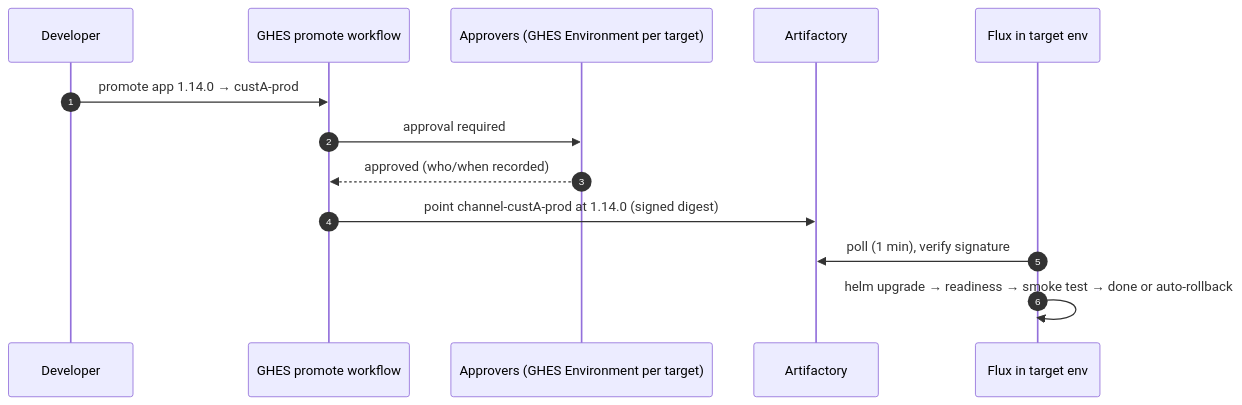
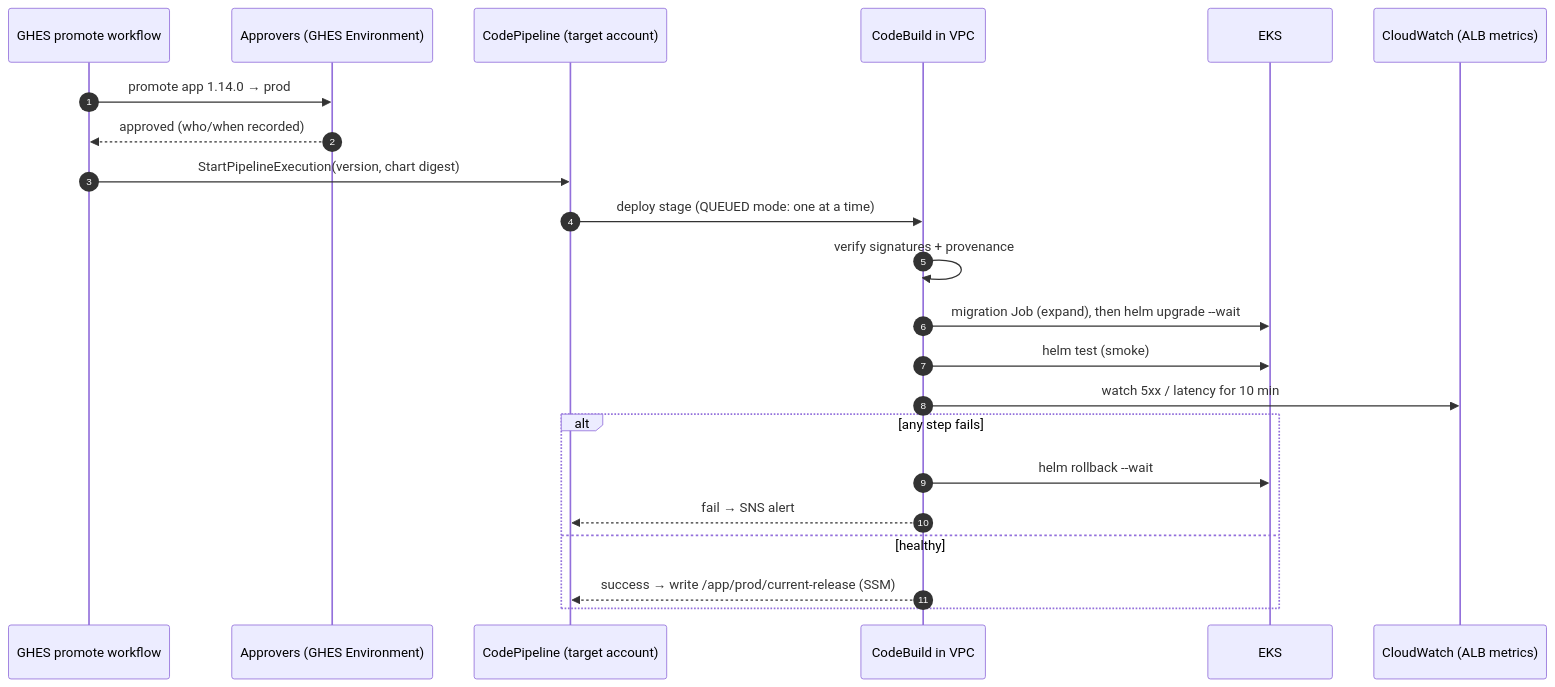
The second of 2 diagrams in PROPOSAL.md (sholtomaud/GHES-EKS-zero-downtime-deployments), drawn with Mermaid before and after one commit. The commit also changed other lines of this file and 4 other files, not shown here.

````diff
--- a/PROPOSAL.md
+++ b/PROPOSAL.md
@@ -162,15 +151,24 @@
 ```mermaid
 sequenceDiagram
   autonumber
-  participant D as Developer
   participant G as GHES promote workflow
-  participant R as Approvers (GHES Environment per target)
-  participant A as Artifactory
-  participant F as Flux in target env
-  D->>G: promote app 1.14.0 → custA-prod
-  G->>R: approval required
+  participant R as Approvers (GHES Environment)
+  participant P as CodePipeline (target account)
+  participant B as CodeBuild in VPC
+  participant K as EKS
+  participant W as CloudWatch (ALB metrics)
+  G->>R: promote app 1.14.0 → prod
   R-->>G: approved (who/when recorded)
-  G->>A: point channel-custA-prod at 1.14.0 (signed digest)
-  F->>A: poll (1 min), verify signature
-  F->>F: helm upgrade → readiness → smoke test → done or auto-rollback
+  G->>P: StartPipelineExecution(version, chart digest)
+  P->>B: deploy stage (QUEUED mode: one at a time)
+  B->>B: verify signatures + provenance
+  B->>K: migration Job (expand), then helm upgrade --wait
+  B->>K: helm test (smoke)
+  B->>W: watch 5xx / latency for 10 min
+  alt any step fails
+    B->>K: helm rollback --wait
+    B-->>P: fail → SNS alert
+  else healthy
+    B-->>P: success → write /app/prod/current-release (SSM)
+  end
 ```
````
